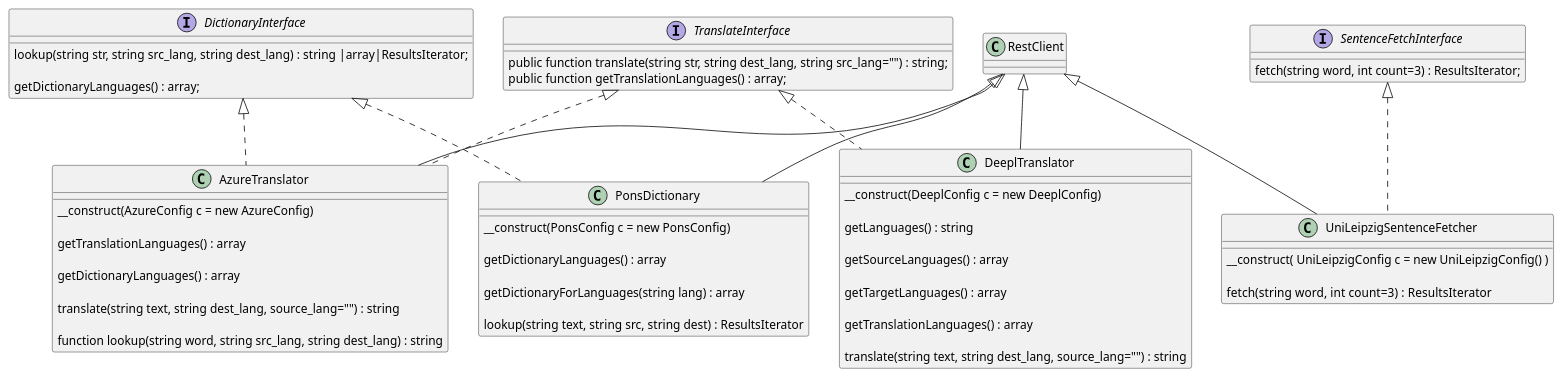
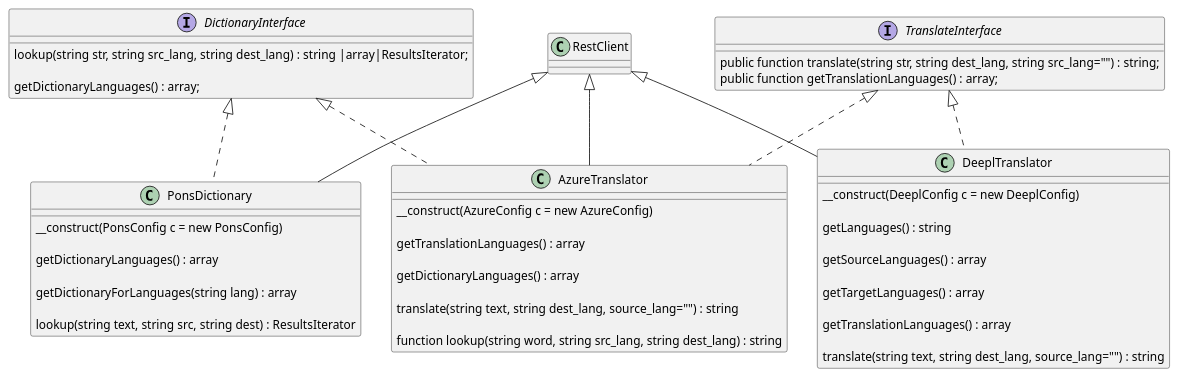
One commit to kurt-krueckeberg/php-translation-and-dictionary-rest-api-classes changed the first of 2 diagrams in README.md. Above: the diagram before and after it, drawn with PlantUML. The commit also changed other lines of this file and 3 other files, not shown here.

````diff
--- a/README.md
+++ b/README.md
@@ -19,66 +21,53 @@
 ```plantuml
 interface TranslateInterface {
 
    public function translate(string str, string dest_lang, string src_lang="") : string; 
    public function getTranslationLanguages() : array;
 }
 
 interface DictionaryInterface {
    
    lookup(string str, string src_lang, string dest_lang) : string |array|ResultsIterator; 
 
    getDictionaryLanguages() : array;
 }
 
 class AzureTranslator extends RestClient implements DictionaryInterface, TranslateInterface {
 
    __construct(AzureConfig c = new AzureConfig)
    
    getTranslationLanguages() : array
 
    getDictionaryLanguages() : array 
     
    translate(string text, string dest_lang, source_lang="") : string 
    
    function lookup(string word, string src_lang, string dest_lang) : string 
 }
 
 class DeeplTranslator extends RestClient implements TranslateInterface {
    
    __construct(DeeplConfig c = new DeeplConfig)
    
    getLanguages() : string
 
    getSourceLanguages() : array
 
    getTargetLanguages() : array
    
    getTranslationLanguages() : array
 
    translate(string text, string dest_lang, source_lang="") : string 
 }
 
 class PonsDictionary extends  RestClient implements DictionaryInterface {
 
    __construct(PonsConfig c = new PonsConfig)
 
    getDictionaryLanguages() : array 
 
    getDictionaryForLanguages(string lang) : array
 
    lookup(string text, string src, string dest) : ResultsIterator
 }
-
-interface SentenceFetchInterface  { 
-
-   fetch(string word, int count=3) : ResultsIterator;
-}
-
-class UniLeipzigSentenceFetcher extends RestClient implements SentenceFetchInterface {
-
-   __construct( UniLeipzigConfig c = new UniLeipzigConfig() )
-   
-   fetch(string word, int count=3) :  ResultsIterator
-}
-
 ```
````
